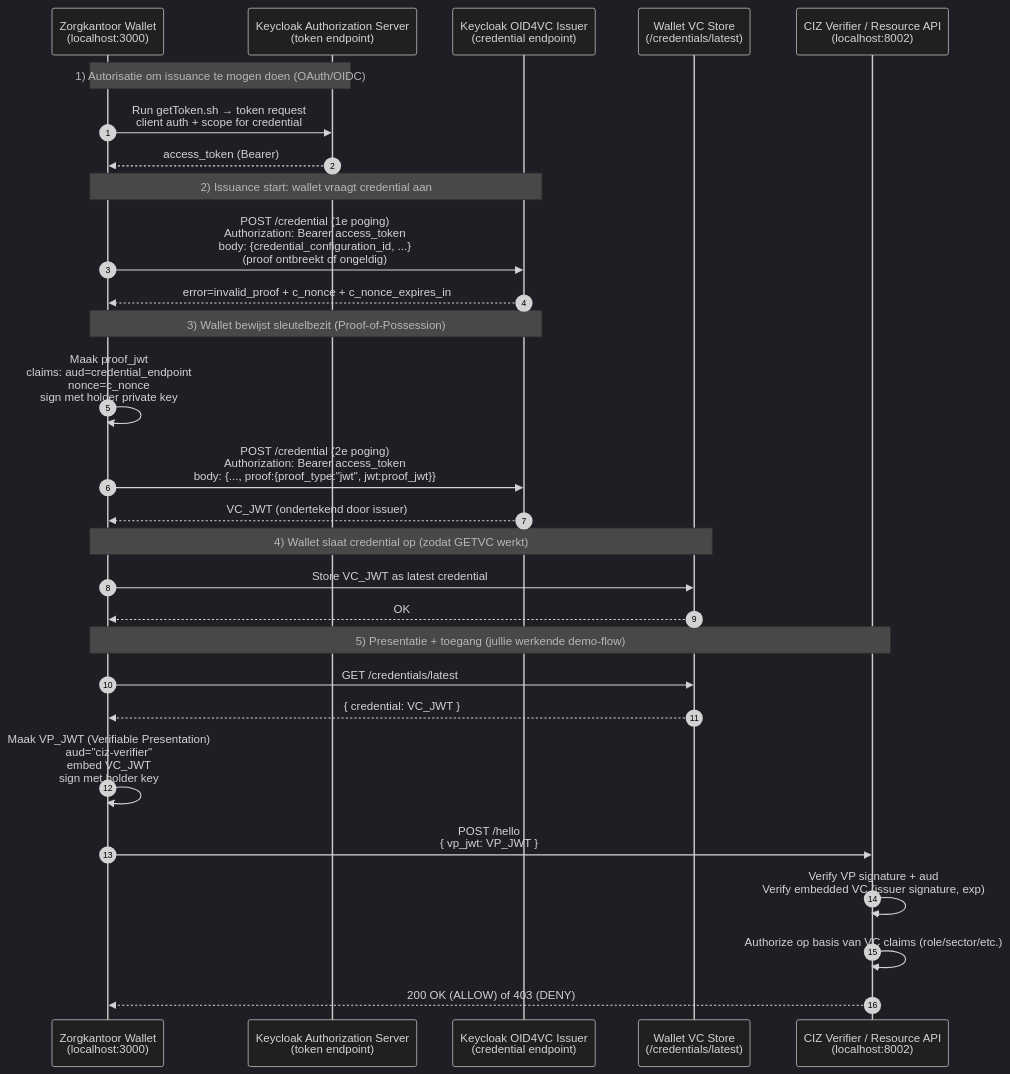
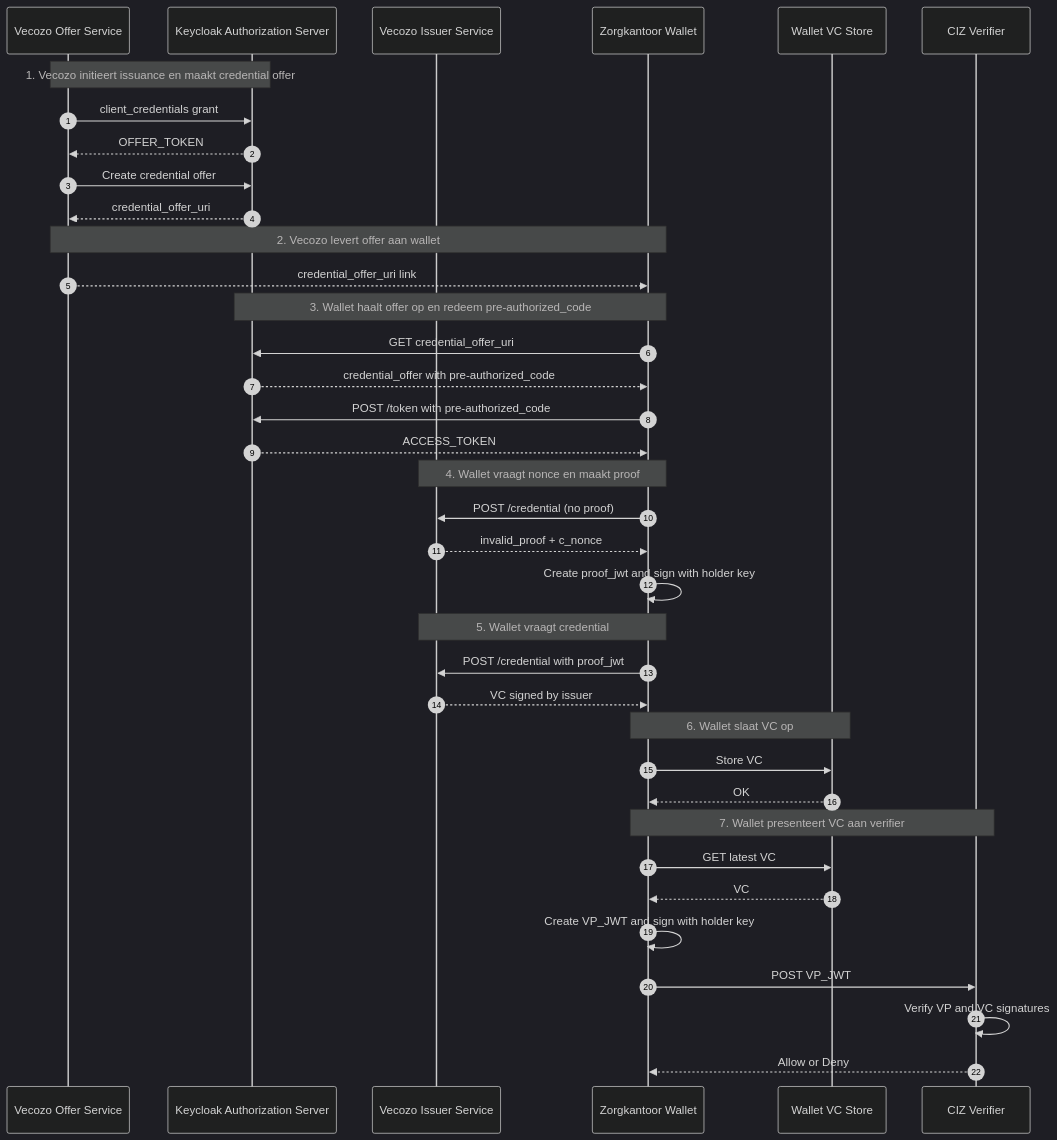
One commit to cloudblox/vc-demo-keycloak changed the diagram in README.md. Above: the diagram before and after it, drawn with Mermaid (dark theme).

Commit message:
updated diagram

````diff
--- a/README.md
+++ b/README.md
@@ -14,36 +14,52 @@
 ```mermaid
 sequenceDiagram
   autonumber
-  participant W as Zorgkantoor Wallet<br/>(localhost:3000)
-  participant AS as Keycloak Authorization Server<br/>(token endpoint)
-  participant IS as Keycloak OID4VC Issuer<br/>(credential endpoint)
-  participant VCStore as Wallet VC Store<br/>(/credentials/latest)
-  participant V as CIZ Verifier / Resource API<br/>(localhost:8002)
 
-  Note over W,AS: 1) Autorisatie om issuance te mogen doen (OAuth/OIDC)
-  W->>AS: Run getToken.sh → token request<br/>client auth + scope for credential
-  AS-->>W: access_token (Bearer)
+  participant VO as Vecozo Offer Service
+  participant AS as Keycloak Authorization Server
+  participant IS as Vecozo Issuer Service
+  participant W as Zorgkantoor Wallet
+  participant VCStore as Wallet VC Store
+  participant V as CIZ Verifier
 
-  Note over W,IS: 2) Issuance start: wallet vraagt credential aan
-  W->>IS: POST /credential (1e poging)<br/>Authorization: Bearer access_token<br/>body: {credential_configuration_id, ...}<br/>(proof ontbreekt of ongeldig)
-  IS-->>W: error=invalid_proof + c_nonce + c_nonce_expires_in
+  Note over VO,AS: 1. Vecozo initieert issuance en maakt credential offer
+  VO->>AS: client_credentials grant
+  AS-->>VO: OFFER_TOKEN
 
-  Note over W,IS: 3) Wallet bewijst sleutelbezit (Proof-of-Possession)
-  W->>W: Maak proof_jwt<br/>claims: aud=credential_endpoint<br/>nonce=c_nonce<br/>sign met holder private key
-  W->>IS: POST /credential (2e poging)<br/>Authorization: Bearer access_token<br/>body: {..., proof:{proof_type:"jwt", jwt:proof_jwt}}
-  IS-->>W: VC_JWT (ondertekend door issuer)
+  VO->>AS: Create credential offer
+  AS-->>VO: credential_offer_uri
 
-  Note over W,VCStore: 4) Wallet slaat credential op (zodat GETVC werkt)
-  W->>VCStore: Store VC_JWT as latest credential
+  Note over VO,W: 2. Vecozo levert offer aan wallet
+  VO-->>W: credential_offer_uri link
+
+  Note over W,AS: 3. Wallet haalt offer op en redeem pre-authorized_code
+  W->>AS: GET credential_offer_uri
+  AS-->>W: credential_offer with pre-authorized_code
+
+  W->>AS: POST /token with pre-authorized_code
+  AS-->>W: ACCESS_TOKEN
+
+  Note over W,IS: 4. Wallet vraagt nonce en maakt proof
+  W->>IS: POST /credential (no proof)
+  IS-->>W: invalid_proof + c_nonce
+
+  W->>W: Create proof_jwt and sign with holder key
+
+  Note over W,IS: 5. Wallet vraagt credential
+  W->>IS: POST /credential with proof_jwt
+  IS-->>W: VC signed by issuer
+
+  Note over W,VCStore: 6. Wallet slaat VC op
+  W->>VCStore: Store VC
   VCStore-->>W: OK
 
-  Note over W,V: 5) Presentatie + toegang (jullie werkende demo-flow)
-  W->>VCStore: GET /credentials/latest
-  VCStore-->>W: { credential: VC_JWT }
+  Note over W,V: 7. Wallet presenteert VC aan verifier
+  W->>VCStore: GET latest VC
+  VCStore-->>W: VC
 
-  W->>W: Maak VP_JWT (Verifiable Presentation)<br/>aud="ciz-verifier"<br/>embed VC_JWT<br/>sign met holder key
-  W->>V: POST /hello<br/>{ vp_jwt: VP_JWT }
-  V->>V: Verify VP signature + aud<br/>Verify embedded VC (issuer signature, exp)
-  V->>V: Authorize op basis van VC claims (role/sector/etc.)
-  V-->>W: 200 OK (ALLOW) of 403 (DENY)
+  W->>W: Create VP_JWT and sign with holder key
+
+  W->>V: POST VP_JWT
+  V->>V: Verify VP and VC signatures
+  V-->>W: Allow or Deny
   ```
````
